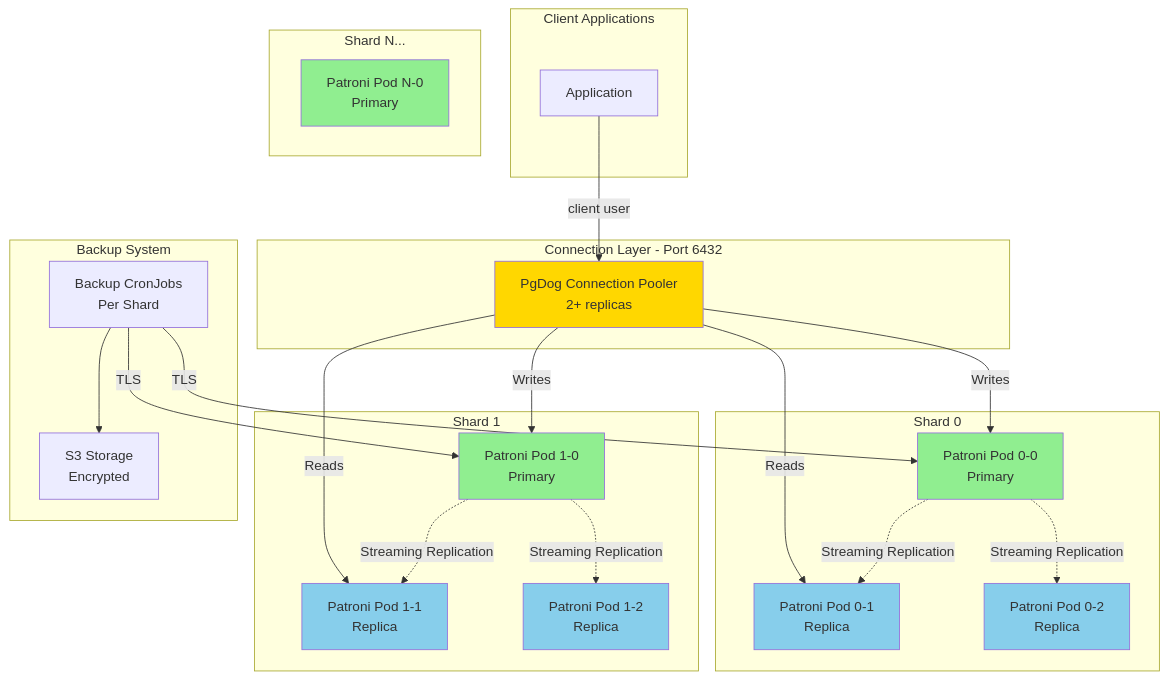
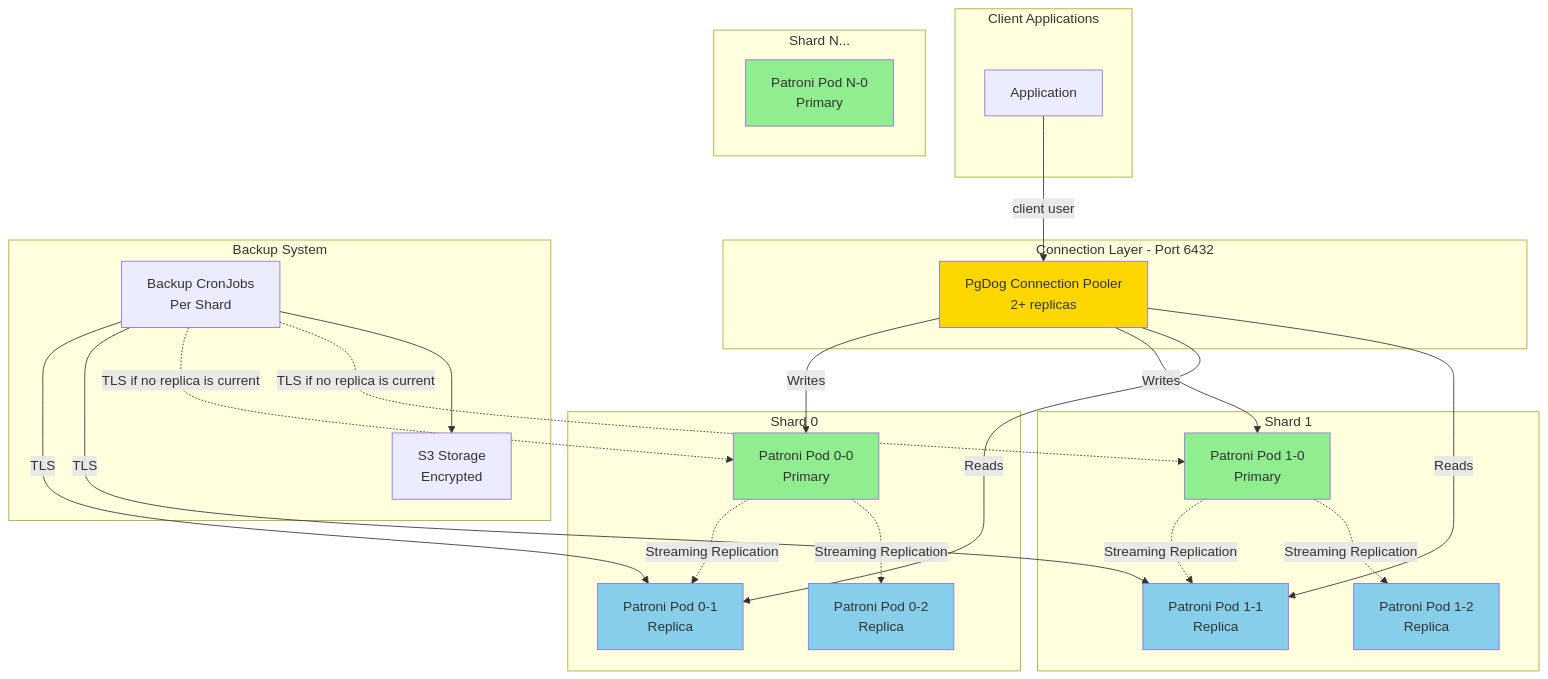
Before and after one commit to Pandoks/pandoks.com: the diagram in packages/postgres/README.md, drawn with Mermaid. The commit also changed other lines of this file and 8 other files, not shown here.

````diff
--- a/packages/postgres/README.md
+++ b/packages/postgres/README.md
@@ -8,55 +8,57 @@
 ```mermaid
 graph TB
     subgraph "Client Applications"
         App[Application]
     end
 
     subgraph "Connection Layer - Port 6432"
         PgDog[PgDog Connection Pooler<br/>2+ replicas]
     end
 
     subgraph "Shard 0"
         S0P[Patroni Pod 0-0<br/>Primary]
         S0R1[Patroni Pod 0-1<br/>Replica]
         S0R2[Patroni Pod 0-2<br/>Replica]
     end
 
     subgraph "Shard 1"
         S1P[Patroni Pod 1-0<br/>Primary]
         S1R1[Patroni Pod 1-1<br/>Replica]
         S1R2[Patroni Pod 1-2<br/>Replica]
     end
 
     subgraph "Shard N..."
         SNP[Patroni Pod N-0<br/>Primary]
     end
 
     subgraph "Backup System"
         BackupJobs[Backup CronJobs<br/>Per Shard]
         S3[S3 Storage<br/>Encrypted]
     end
 
     App -->|client user| PgDog
     PgDog -->|Writes| S0P
     PgDog -->|Writes| S1P
     PgDog -->|Reads| S0R1
     PgDog -->|Reads| S1R1
 
     S0P -.->|Streaming Replication| S0R1
     S0P -.->|Streaming Replication| S0R2
     S1P -.->|Streaming Replication| S1R1
     S1P -.->|Streaming Replication| S1R2
 
-    BackupJobs -->|TLS| S0P
-    BackupJobs -->|TLS| S1P
+    BackupJobs -->|TLS| S0R1
+    BackupJobs -->|TLS| S1R1
+    BackupJobs -.->|TLS if no replica is current| S0P
+    BackupJobs -.->|TLS if no replica is current| S1P
     BackupJobs --> S3
 
     style S0P fill:#90EE90
     style S1P fill:#90EE90
     style SNP fill:#90EE90
     style S0R1 fill:#87CEEB
     style S0R2 fill:#87CEEB
     style S1R1 fill:#87CEEB
     style S1R2 fill:#87CEEB
     style PgDog fill:#FFD700
 ```
````
